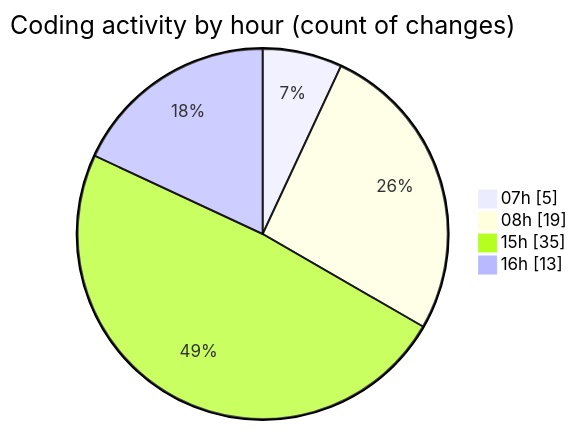
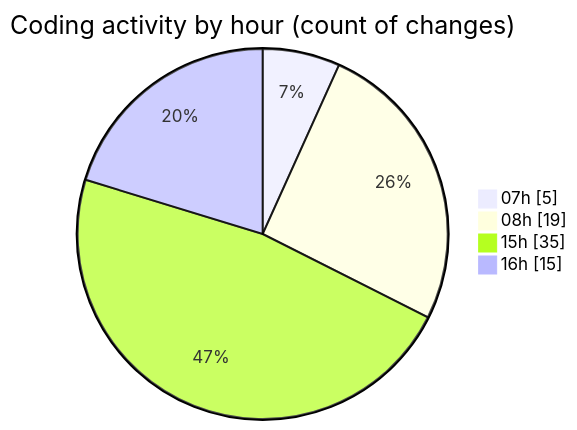
Before and after one commit to robertbonfada/code-tracking: the second of 2 diagrams in 2025-02-07/mbc-web/README.md, drawn with Mermaid. The commit also changed other lines of this file and 1 other file, not shown here.

````diff
--- a/2025-02-07/mbc-web/README.md
+++ b/2025-02-07/mbc-web/README.md
@@ -40,8 +40,8 @@
 ```mermaid
 pie showData
 title Coding activity by hour (count of changes)
 "07h" : 5
 "08h" : 19
 "15h" : 35
-"16h" : 13
+"16h" : 15
 ```
````
